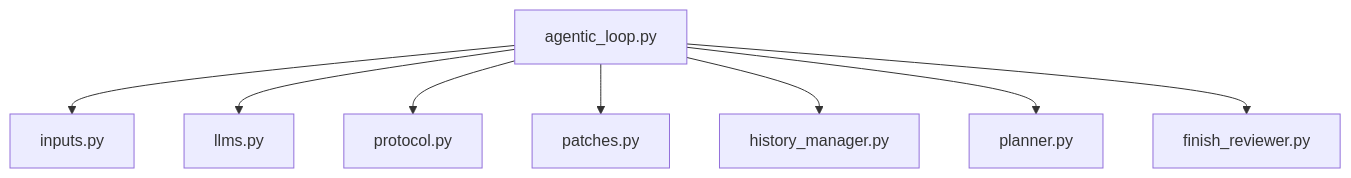
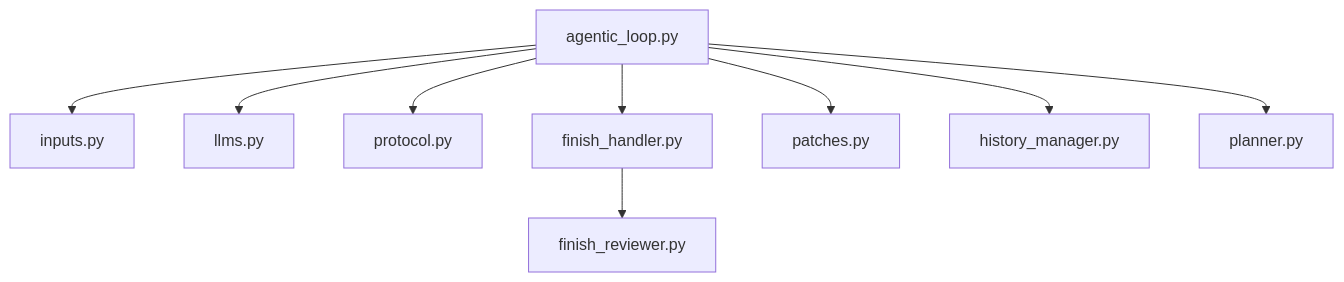
The fourth of 4 diagrams in README.md (mtov/minixx), drawn with Mermaid before and after one commit. The commit also changed other lines of this file and 3 other files, not shown here.

````diff
--- a/README.md
+++ b/README.md
@@ -127,19 +127,21 @@
 ```mermaid
 flowchart TD
     A["agentic_loop.py"]
     B["inputs.py"]
     C["llms.py"]
     D["protocol.py"]
-    E["patches.py"]
-    F["history_manager.py"]
-    G["planner.py"]
-    H["finish_reviewer.py"]
+    E["finish_handler.py"]
+    F["patches.py"]
+    G["history_manager.py"]
+    H["planner.py"]
+    I["finish_reviewer.py"]
 
     A --> B
     A --> C
     A --> D
     A --> E
     A --> F
     A --> G
     A --> H
+    E --> I
 ```
````
